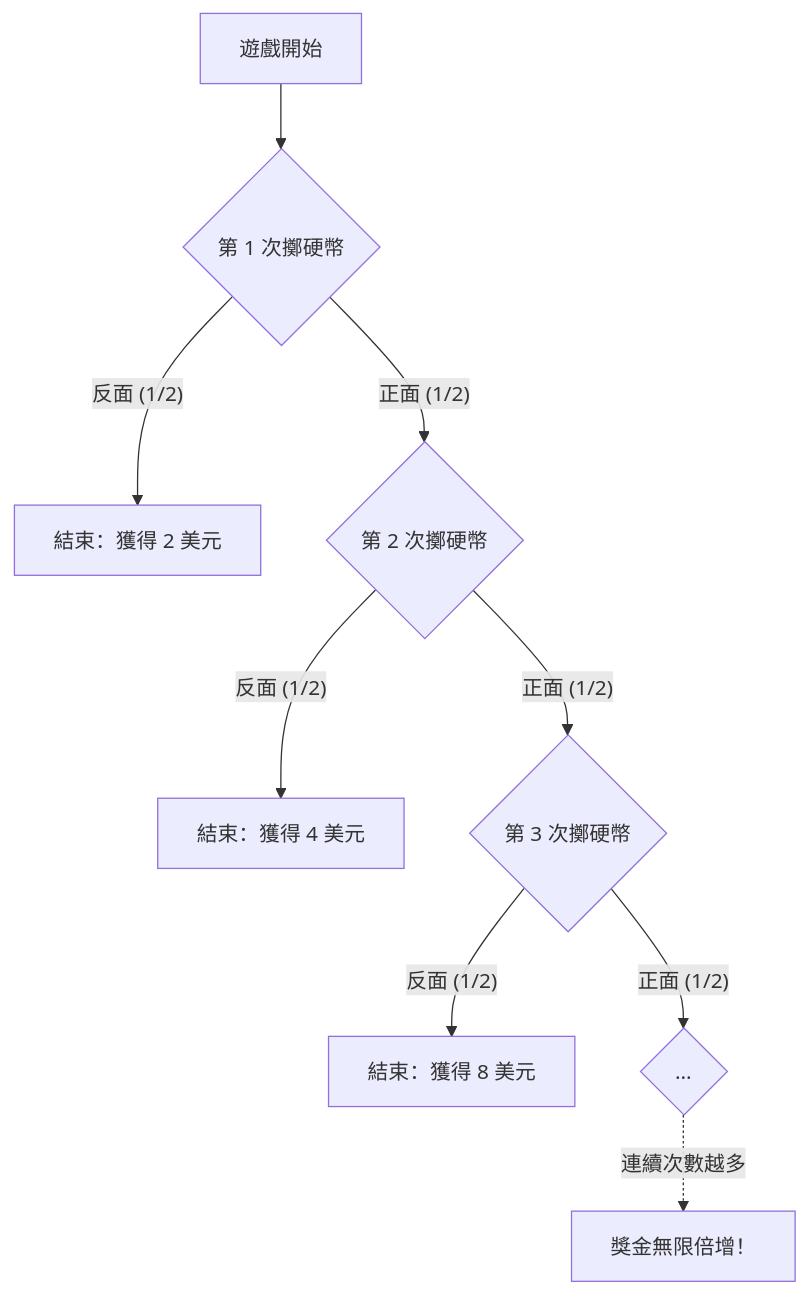
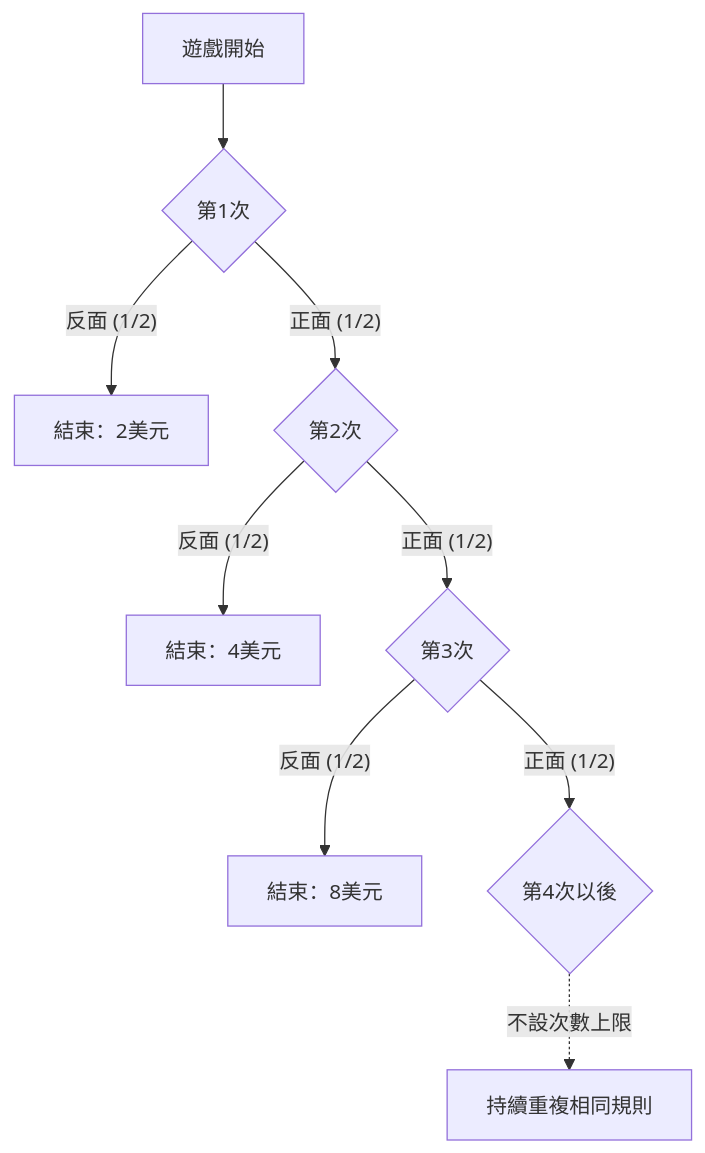
The diagram in content/post/サンクトペテルブルクのパラドックス/index.zh-tw.md (kenjinote/blog), drawn with Mermaid before and after one commit. The commit also changed other lines of this file and 12 other files, not shown here.

````diff
--- a/content/post/サンクトペテルブルクのパラドックス/index.zh-tw.md
+++ b/content/post/サンクトペテルブルクのパラドックス/index.zh-tw.md
@@ -33,15 +32,11 @@
 ```mermaid
 graph TD
-    Start["遊戲開始"] --> Toss1{"第 1 次擲硬幣"}
-    
-    Toss1 -->|"反面 (1/2)"| End1["結束：獲得 2 美元"]
-    Toss1 -->|"正面 (1/2)"| Toss2{"第 2 次擲硬幣"}
-    
-    Toss2 -->|"反面 (1/2)"| End2["結束：獲得 4 美元"]
-    Toss2 -->|"正面 (1/2)"| Toss3{"第 3 次擲硬幣"}
-    
-    Toss3 -->|"反面 (1/2)"| End3["結束：獲得 8 美元"]
-    Toss3 -->|"正面 (1/2)"| Toss4{"..."}
-    
-    Toss4 -.->|"連續次數越多"| Infinite["獎金無限倍增！"]
+    Start["遊戲開始"] --> Toss1{"第1次"}
+    Toss1 -->|"反面 (1/2)"| End1["結束：2美元"]
+    Toss1 -->|"正面 (1/2)"| Toss2{"第2次"}
+    Toss2 -->|"反面 (1/2)"| End2["結束：4美元"]
+    Toss2 -->|"正面 (1/2)"| Toss3{"第3次"}
+    Toss3 -->|"反面 (1/2)"| End3["結束：8美元"]
+    Toss3 -->|"正面 (1/2)"| Toss4{"第4次以後"}
+    Toss4 -.->|"不設次數上限"| Continue["持續重複相同規則"]
 ```
````
